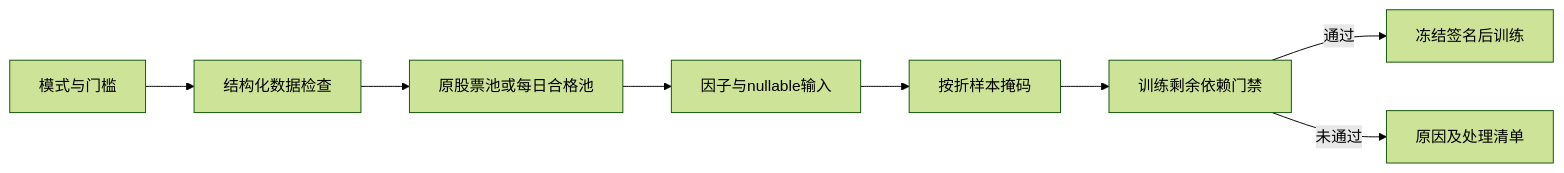
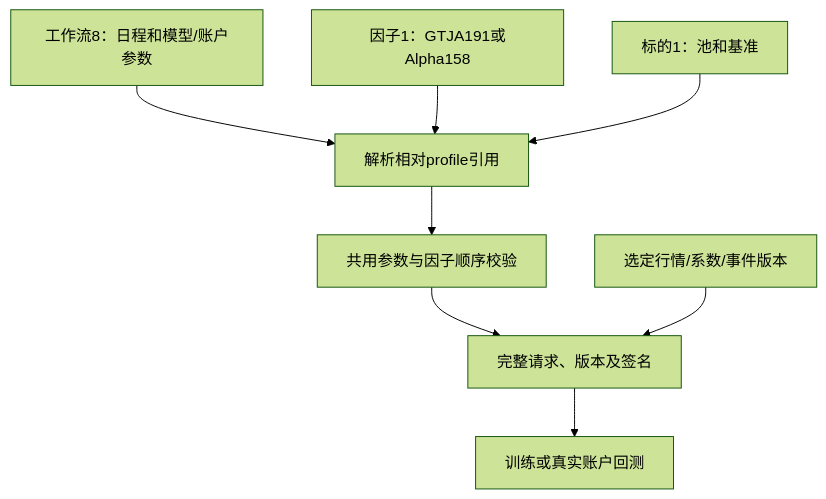
The diagram in crates/workflow/templates/README.md (Dennishaha/JFQuant), drawn with Mermaid (forest theme) before and after one commit. The commit also changed other lines of this file and 77 other files, not shown here.

````diff
--- a/crates/workflow/templates/README.md
+++ b/crates/workflow/templates/README.md
@@ -92,10 +15,10 @@
 ```mermaid
-flowchart LR
-  P[模式与门槛] --> C[结构化数据检查]
-  C --> U[原股票池或每日合格池]
-  U --> F[因子与nullable输入]
-  F --> M[按折样本掩码]
-  M --> G[训练剩余依赖门禁]
-  G -->|通过| T[冻结签名后训练]
-  G -->|未通过| E[原因及处理清单]
+flowchart TD
+  W[工作流8：日程和模型/账户参数] --> RESOLVE[解析相对profile引用]
+  F[因子1：GTJA191或Alpha158] --> RESOLVE
+  U[标的1：池和基准] --> RESOLVE
+  RESOLVE --> VALIDATE[共用参数与因子顺序校验]
+  VALIDATE --> FREEZE[完整请求、版本及签名]
+  DATA[选定行情/系数/事件版本] --> FREEZE
+  FREEZE --> RUN[训练或真实账户回测]
 ```
````
